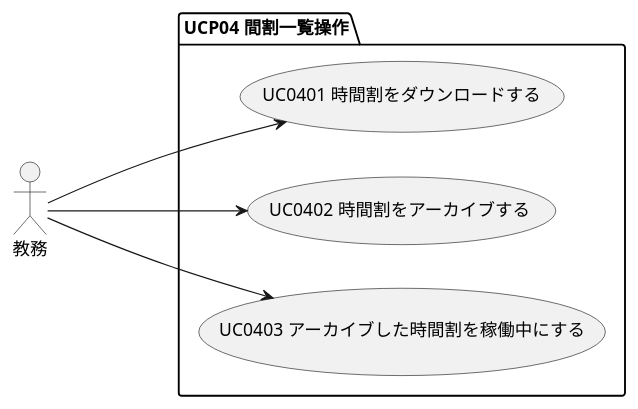
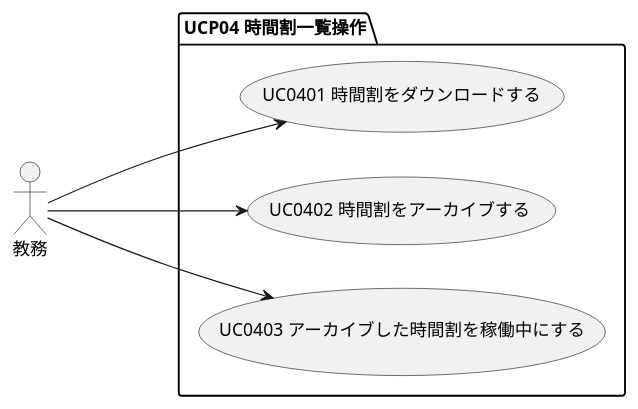
The diagram in docs/03_システム要件定義/02_ユースケース図/UCP04_年間時間割操作.pu (takayanag-i/working-in-progress), drawn with PlantUML before and after one commit. The commit also changed 3 other files, not shown here.

Commit message:
[FIX] UC図ディレクトリ

```diff
--- a/docs/03_システム要件定義/02_ユースケース図/UCP04_年間時間割操作.pu
+++ b/docs/03_システム要件定義/02_ユースケース図/UCP04_年間時間割操作.pu
@@ -1,11 +1,10 @@
 @startuml usecase diagram
 left to right direction
-
 actor 教務
 
-package "UCP04 間割一覧操作" {
+package "UCP04 時間割一覧操作" {
     教務--->(UC0401 時間割をダウンロードする)
     教務--->(UC0402 時間割をアーカイブする)
     教務--->(UC0403 アーカイブした時間割を稼働中にする)
 }
 @enduml
```
